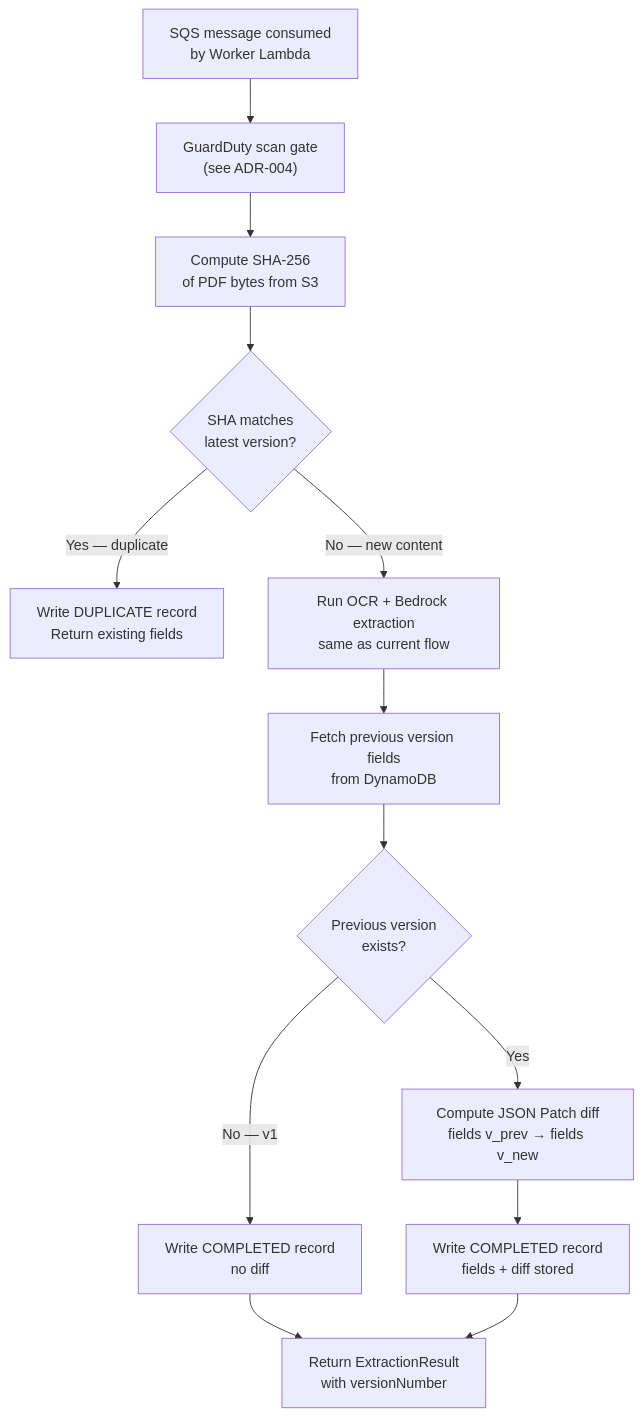
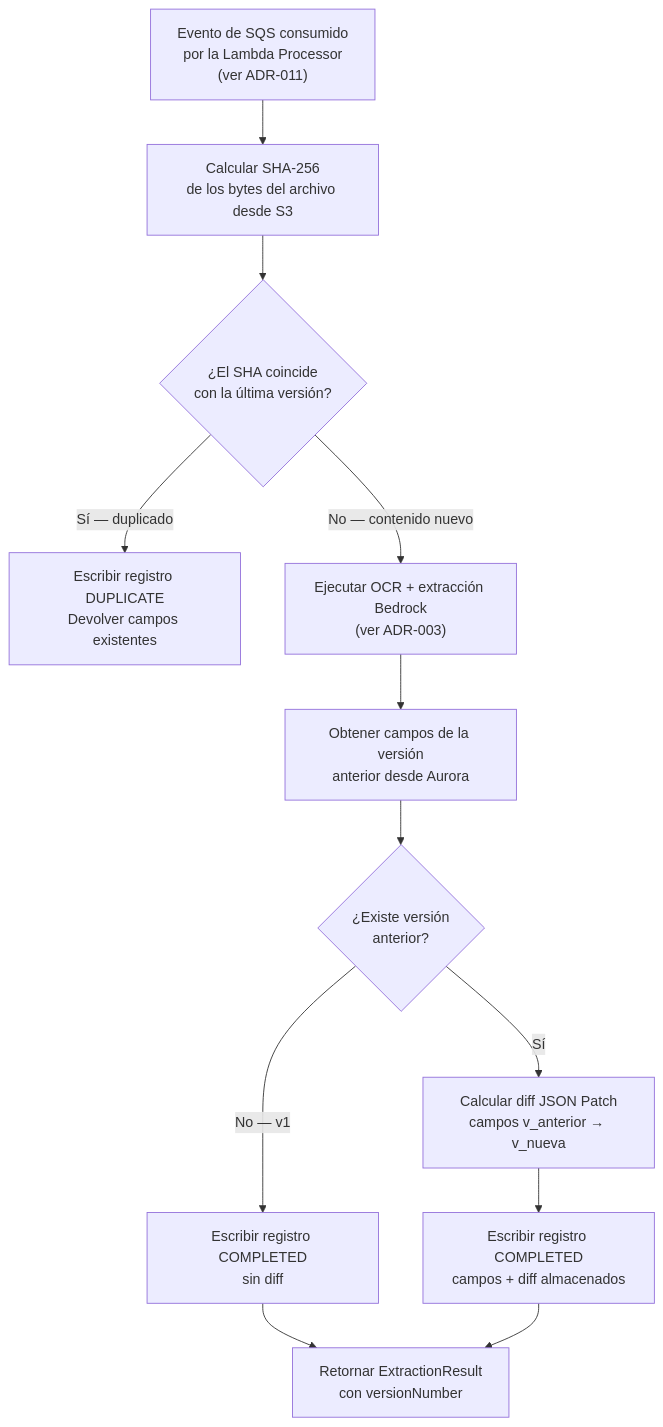
One commit to cincuentaydos/DocLens.Docs changed the diagram in docs/adrs/007-document-versioning.md. Above: the diagram before and after it, drawn with Mermaid. The commit also changed other lines of this file and 25 other files, not shown here.

````diff
--- a/docs/adrs/007-document-versioning.md
+++ b/docs/adrs/007-document-versioning.md
@@ -184,15 +161,14 @@
 ```mermaid
 flowchart TD
-    A["SQS message consumed\nby Worker Lambda"] --> B["GuardDuty scan gate\n(see ADR-004)"]
-    B --> C["Compute SHA-256\nof PDF bytes from S3"]
-    C --> D{SHA matches\nlatest version?}
-    D -->|Yes — duplicate| E["Write DUPLICATE record\nReturn existing fields"]
-    D -->|No — new content| F["Run OCR + Bedrock extraction\nsame as current flow"]
-    F --> G["Fetch previous version fields\nfrom DynamoDB"]
-    G --> H{Previous version\nexists?}
-    H -->|No — v1| I["Write COMPLETED record\nno diff"]
-    H -->|Yes| J["Compute JSON Patch diff\nfields v_prev → fields v_new"]
-    J --> K["Write COMPLETED record\nfields + diff stored"]
-    I --> L["Return ExtractionResult\nwith versionNumber"]
-    K --> L
+    A["Evento de SQS consumido\npor la Lambda Processor\n(ver ADR-011)"] --> B["Calcular SHA-256\nde los bytes del archivo desde S3"]
+    B --> C{"¿El SHA coincide\ncon la última versión?"}
+    C -->|Sí — duplicado| D["Escribir registro DUPLICATE\nDevolver campos existentes"]
+    C -->|No — contenido nuevo| E["Ejecutar OCR + extracción Bedrock\n(ver ADR-003)"]
+    E --> F["Obtener campos de la versión\nanterior desde Aurora"]
+    F --> G{"¿Existe versión\nanterior?"}
+    G -->|No — v1| H["Escribir registro COMPLETED\nsin diff"]
+    G -->|Sí| I["Calcular diff JSON Patch\ncampos v_anterior → v_nueva"]
+    I --> J["Escribir registro COMPLETED\ncampos + diff almacenados"]
+    H --> K["Retornar ExtractionResult\ncon versionNumber"]
+    J --> K
 ```
````
